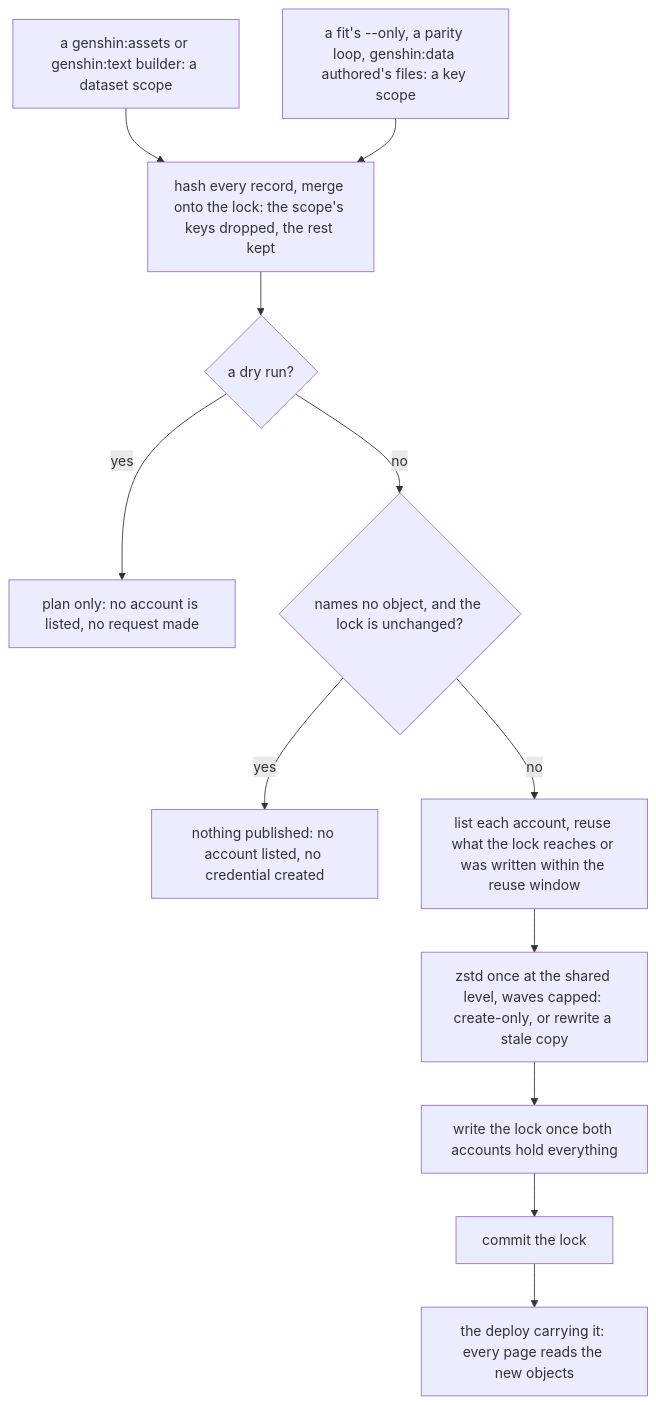
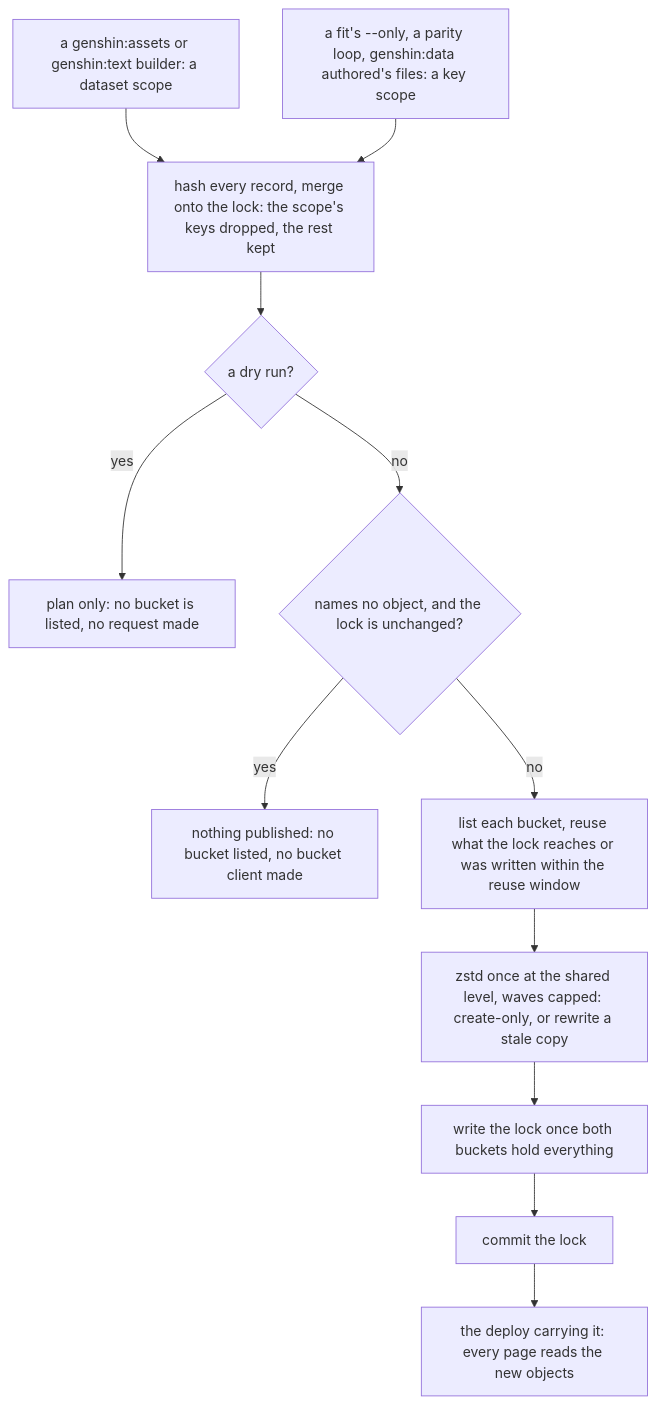
The third of 5 diagrams in openspec/specs/genshin/hosted-game-data/design.md (Esposter/Esposter), drawn with Mermaid before and after one commit. The commit also changed other lines of this file and 1 other file, not shown here.

Commit message:
docs(openspec): the hosted game data and the save data name R2 buckets, objects and conditional puts

````diff
--- a/openspec/specs/genshin/hosted-game-data/design.md
+++ b/openspec/specs/genshin/hosted-game-data/design.md
@@ -150,14 +150,14 @@
 ```mermaid
 flowchart TD
   Dataset["a genshin:assets or genshin:text builder: a dataset scope"] --> Plan
   Key["a fit's --only, a parity loop, genshin:data authored's files: a key scope"] --> Plan
   Plan["hash every record, merge onto the lock: the scope's keys dropped, the rest kept"] --> Dry{"a dry run?"}
-  Dry -->|yes| Skip["plan only: no account is listed, no request made"]
+  Dry -->|yes| Skip["plan only: no bucket is listed, no request made"]
   Dry -->|no| Empty{"names no object, and the lock is unchanged?"}
-  Empty -->|yes| Nothing["nothing published: no account listed, no credential created"]
-  Empty -->|no| Reach["list each account, reuse what the lock reaches or was written within the reuse window"]
+  Empty -->|yes| Nothing["nothing published: no bucket listed, no bucket client made"]
+  Empty -->|no| Reach["list each bucket, reuse what the lock reaches or was written within the reuse window"]
   Reach --> Upload["zstd once at the shared level, waves capped: create-only, or rewrite a stale copy"]
-  Upload --> Write["write the lock once both accounts hold everything"]
+  Upload --> Write["write the lock once both buckets hold everything"]
   Write --> Commit["commit the lock"]
   Commit --> Deploy["the deploy carrying it: every page reads the new objects"]
 ```
````
